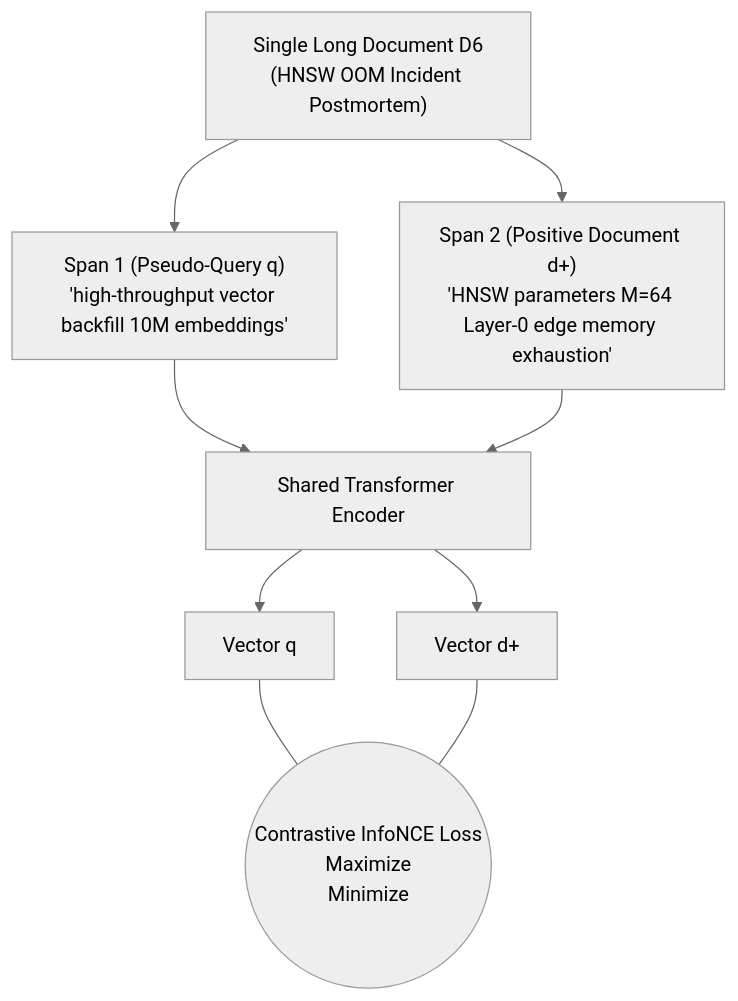
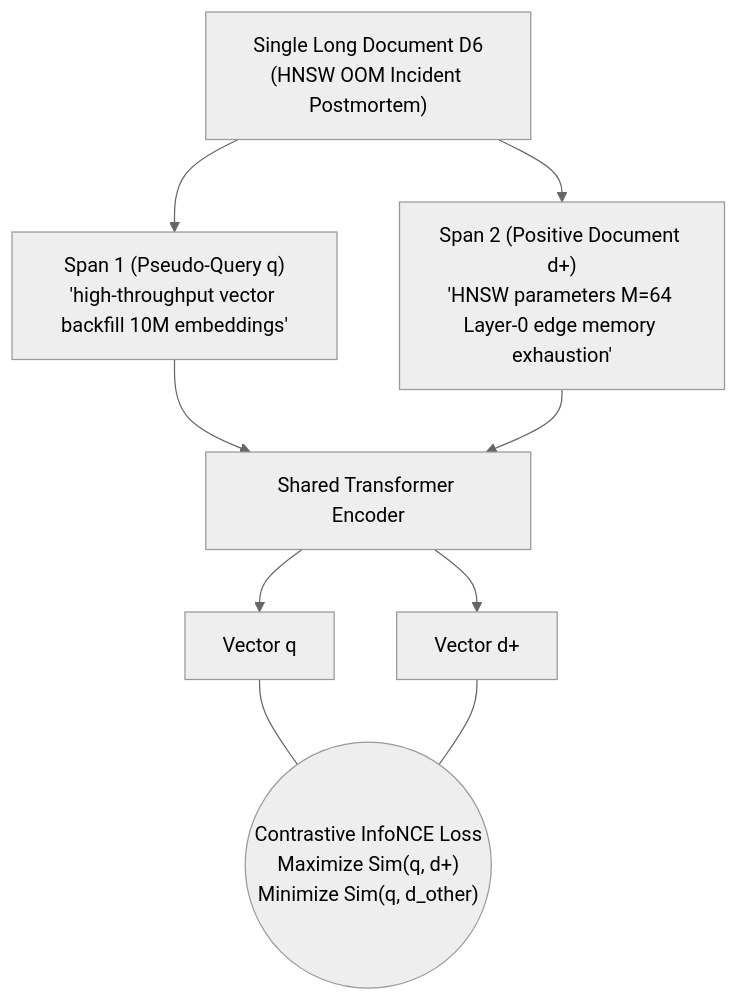
One commit to divyansh070/ml_notes changed the fifth of 8 diagrams in rag-guide/02-retrieval-primitives.md. Above: the diagram before and after it, drawn with Mermaid (neutral theme). The commit also changed other lines of this file and 4 other files, not shown here.

Commit message:
fix(rag-guide): create _facts.md, update 01/02/appendix, fix LaTeX rendering and Mermaid figures for GitHub

````diff
--- a/rag-guide/02-retrieval-primitives.md
+++ b/rag-guide/02-retrieval-primitives.md
@@ -309,11 +411,11 @@
 ```mermaid
 flowchart TD
-    DOC["Single Long Document D6<br>(HNSW OOM Incident Postmortem)"] --> CROP1["Span 1 (Pseudo-Query q)<br>'high-throughput vector backfill 10M embeddings'"]
-    DOC --> CROP2["Span 2 (Positive Document d+)<br>'HNSW parameters M=64 Layer-0 edge memory exhaustion'"]
+    DOC["Single Long Document D6<br/>(HNSW OOM Incident Postmortem)"] --> CROP1["Span 1 (Pseudo-Query q)<br/>'high-throughput vector backfill 10M embeddings'"]
+    DOC --> CROP2["Span 2 (Positive Document d+)<br/>'HNSW parameters M=64 Layer-0 edge memory exhaustion'"]
     
     CROP1 --> ENC["Shared Transformer Encoder"] --> V_Q["Vector q"]
     CROP2 --> ENC --> V_POS["Vector d+"]
     
-    V_Q --- CONTRAST(("Contrastive InfoNCE Loss<br>Maximize <q, d+><br>Minimize <q, d_other>"))
+    V_Q --- CONTRAST(("Contrastive InfoNCE Loss<br/>Maximize Sim(q, d+)<br/>Minimize Sim(q, d_other)"))
     V_POS --- CONTRAST
 ```
````
